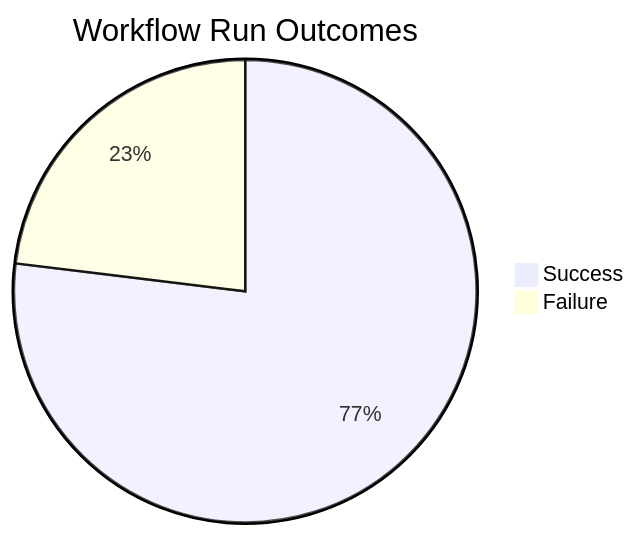
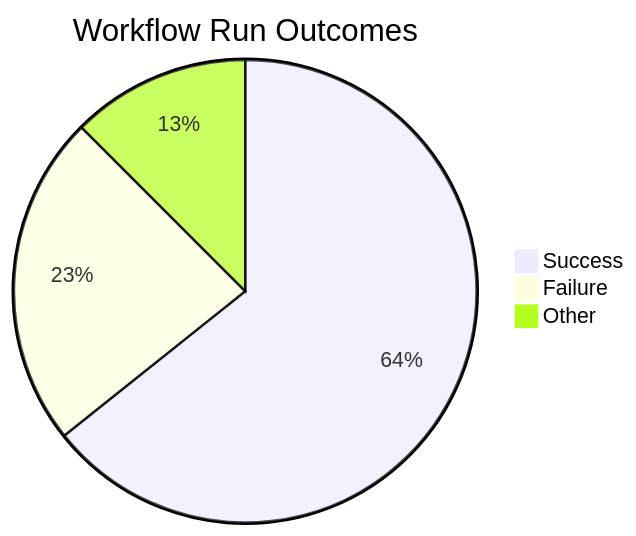
The first of 4 diagrams in docs/ci-cd/dora-summary.md (ukma-cs-ssdm-2025/rate-ukma), drawn with Mermaid before and after one commit. The commit also changed other lines of this file, not shown here.

````diff
--- a/docs/ci-cd/dora-summary.md
+++ b/docs/ci-cd/dora-summary.md
@@ -22,5 +22,6 @@
 ```mermaid
 pie title Workflow Run Outcomes
-    "Success" : 10
-    "Failure" : 3
+    "Success" : 36
+    "Failure" : 13
+    "Other" : 7
 ```
````
